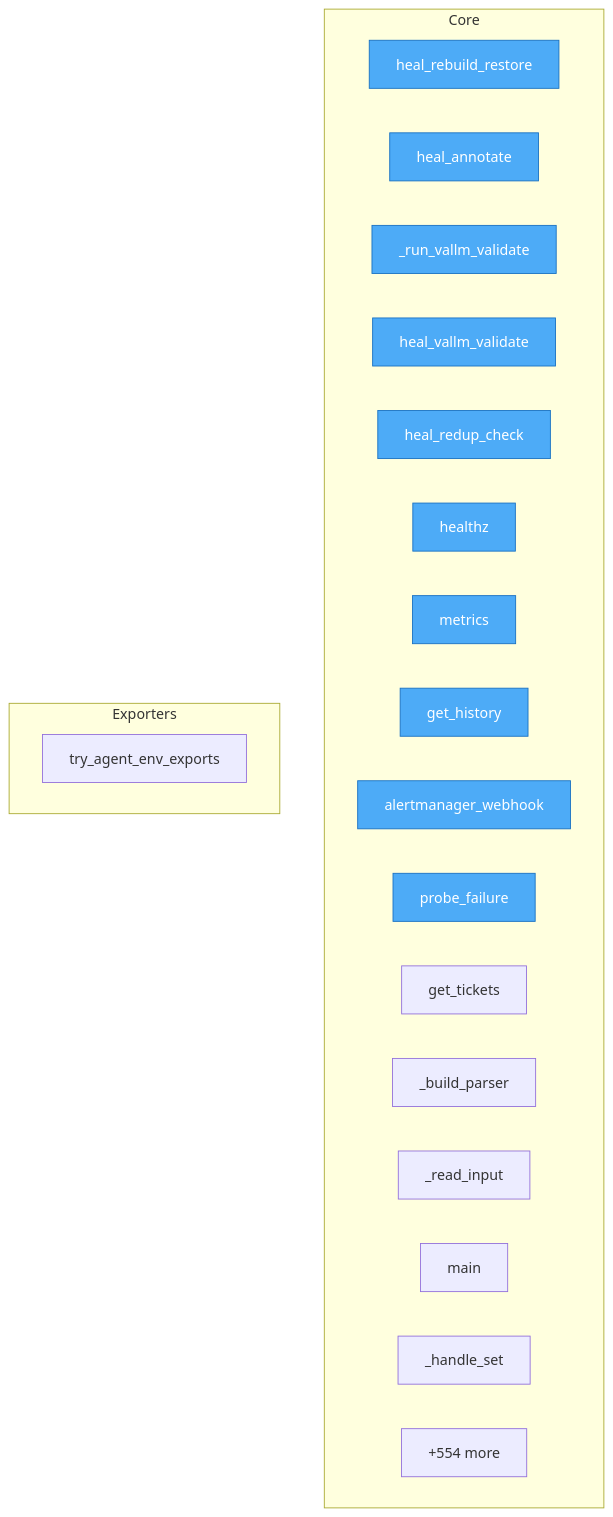
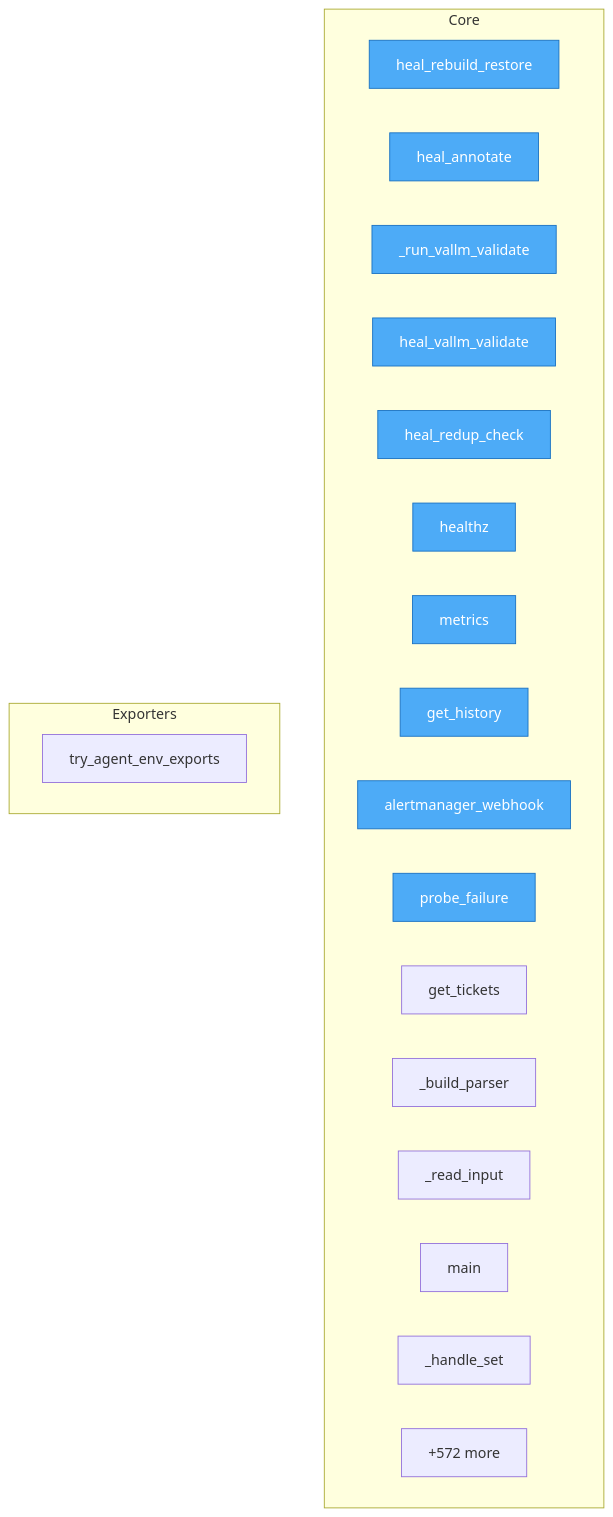
One commit to semcod/koru changed the diagram in project/flow.mmd. Above: the diagram before and after it, drawn with Mermaid. The commit also changed 46 other files, not shown here.

```diff
--- a/project/flow.mmd
+++ b/project/flow.mmd
@@ -1,30 +1,30 @@
 flowchart TD
 %% generated in 0.07s
 
     %% Entry points (blue)
     classDef entry fill:#4dabf7,stroke:#1971c2,color:#fff
 
     subgraph Core
         services__healing_webhook__app__heal_rebuild_restore["heal_rebuild_restore"]
         services__healing_webhook__app__heal_annotate["heal_annotate"]
         services__healing_webhook__app___run_vallm_validate["_run_vallm_validate"]
         services__healing_webhook__app__heal_vallm_validate["heal_vallm_validate"]
         services__healing_webhook__app__heal_redup_check["heal_redup_check"]
         services__healing_webhook__app__healthz["healthz"]
         services__healing_webhook__app__metrics["metrics"]
         services__healing_webhook__app__get_history["get_history"]
         services__healing_webhook__app__alertmanager_webhook["alertmanager_webhook"]
         services__healing_webhook__app__probe_failure["probe_failure"]
         services__healing_webhook__app__get_tickets["get_tickets"]
         src__korudsl__cli___build_parser["_build_parser"]
         src__korudsl__cli___read_input["_read_input"]
         src__korudsl__cli__main["main"]
         src__korudsl__library___handle_set["_handle_set"]
-        ...["+554 more"]
+        ...["+572 more"]
     end
 
     subgraph Exporters
         src__koru__agent_cli_helpers__try_agent_env_exports["try_agent_env_exports"]
     end
 
     class services__healing_webhook__app__heal_rebuild_restore,services__healing_webhook__app__heal_annotate,services__healing_webhook__app___run_vallm_validate,services__healing_webhook__app__heal_vallm_validate,services__healing_webhook__app__heal_redup_check,services__healing_webhook__app__healthz,services__healing_webhook__app__metrics,services__healing_webhook__app__get_history,services__healing_webhook__app__alertmanager_webhook,services__healing_webhook__app__probe_failure entry
```
